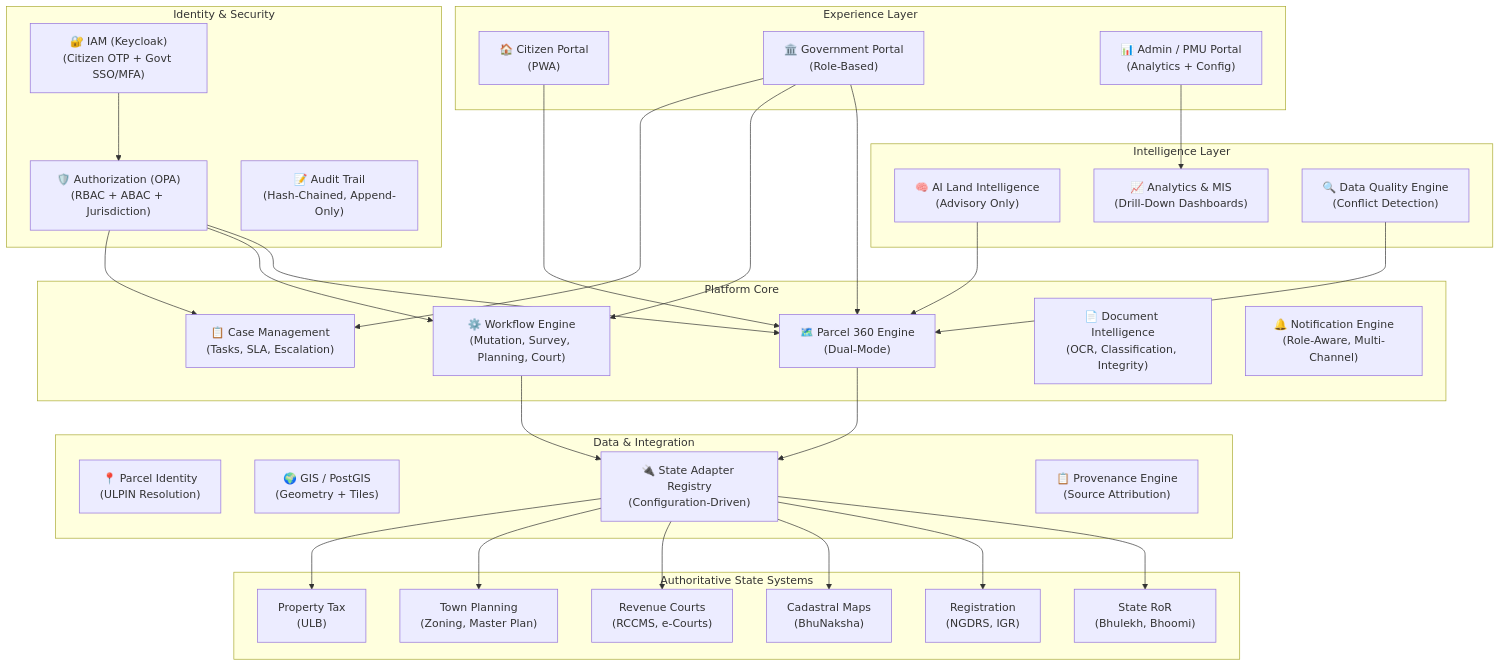
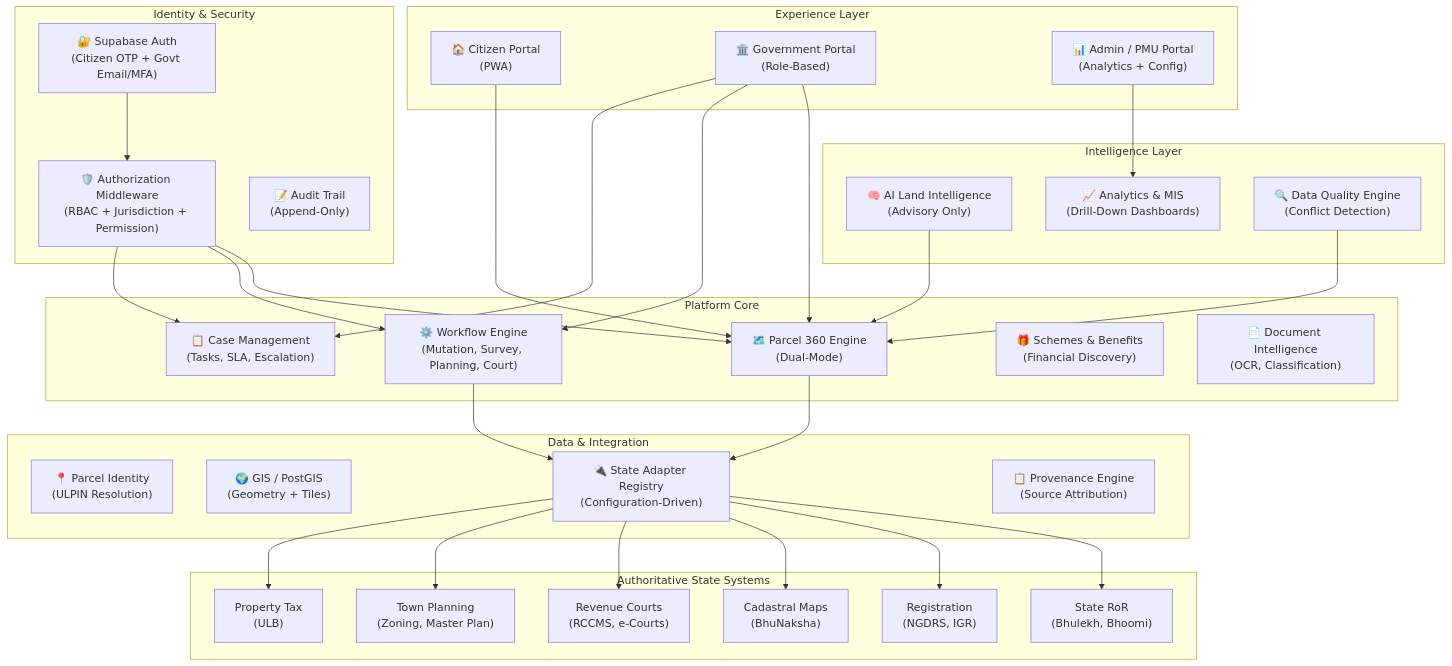
Before and after one commit to Abhishekgujar28/LAND-STACK: the diagram in docs/main-docs/00-product-vision.md, drawn with Mermaid. The commit also changed other lines of this file and 53 other files, not shown here.

````diff
--- a/docs/main-docs/00-product-vision.md
+++ b/docs/main-docs/00-product-vision.md
@@ -82,67 +86,67 @@
 ```mermaid
 graph TD
     subgraph "Experience Layer"
         CP["🏠 Citizen Portal<br/>(PWA)"]
         GP["🏛️ Government Portal<br/>(Role-Based)"]
         AP["📊 Admin / PMU Portal<br/>(Analytics + Config)"]
     end
 
     subgraph "Intelligence Layer"
         AI["🧠 AI Land Intelligence<br/>(Advisory Only)"]
         AN["📈 Analytics & MIS<br/>(Drill-Down Dashboards)"]
         DQ["🔍 Data Quality Engine<br/>(Conflict Detection)"]
     end
 
     subgraph "Platform Core"
         P360["🗺️ Parcel 360 Engine<br/>(Dual-Mode)"]
         WF["⚙️ Workflow Engine<br/>(Mutation, Survey, Planning, Court)"]
         CM["📋 Case Management<br/>(Tasks, SLA, Escalation)"]
-        DOC["📄 Document Intelligence<br/>(OCR, Classification, Integrity)"]
-        NOTIF["🔔 Notification Engine<br/>(Role-Aware, Multi-Channel)"]
+        SCH["🎁 Schemes & Benefits<br/>(Financial Discovery)"]
+        DOC["📄 Document Intelligence<br/>(OCR, Classification)"]
     end
 
     subgraph "Identity & Security"
-        AUTH["🔐 IAM (Keycloak)<br/>(Citizen OTP + Govt SSO/MFA)"]
-        RBAC["🛡️ Authorization (OPA)<br/>(RBAC + ABAC + Jurisdiction)"]
-        AUDIT["📝 Audit Trail<br/>(Hash-Chained, Append-Only)"]
+        AUTH["🔐 Supabase Auth<br/>(Citizen OTP + Govt Email/MFA)"]
+        RBAC["🛡️ Authorization Middleware<br/>(RBAC + Jurisdiction + Permission)"]
+        AUDIT["📝 Audit Trail<br/>(Append-Only)"]
     end
 
     subgraph "Data & Integration"
         PARCEL["📍 Parcel Identity<br/>(ULPIN Resolution)"]
         GIS["🌍 GIS / PostGIS<br/>(Geometry + Tiles)"]
         ADAPTER["🔌 State Adapter Registry<br/>(Configuration-Driven)"]
         PROV["📋 Provenance Engine<br/>(Source Attribution)"]
     end
 
     subgraph "Authoritative State Systems"
         ROR["State RoR<br/>(Bhulekh, Bhoomi)"]
         REG["Registration<br/>(NGDRS, IGR)"]
         MAP["Cadastral Maps<br/>(BhuNaksha)"]
         COURT["Revenue Courts<br/>(RCCMS, e-Courts)"]
         PLAN["Town Planning<br/>(Zoning, Master Plan)"]
         TAX["Property Tax<br/>(ULB)"]
     end
 
     CP --> P360
     GP --> P360
     GP --> WF
     GP --> CM
     AP --> AN
 
     P360 --> ADAPTER
     WF --> ADAPTER
     AI --> P360
     DQ --> P360
 
     ADAPTER --> ROR
     ADAPTER --> REG
     ADAPTER --> MAP
     ADAPTER --> COURT
     ADAPTER --> PLAN
     ADAPTER --> TAX
 
     AUTH --> RBAC
     RBAC --> P360
     RBAC --> WF
     RBAC --> CM
 ```
````
